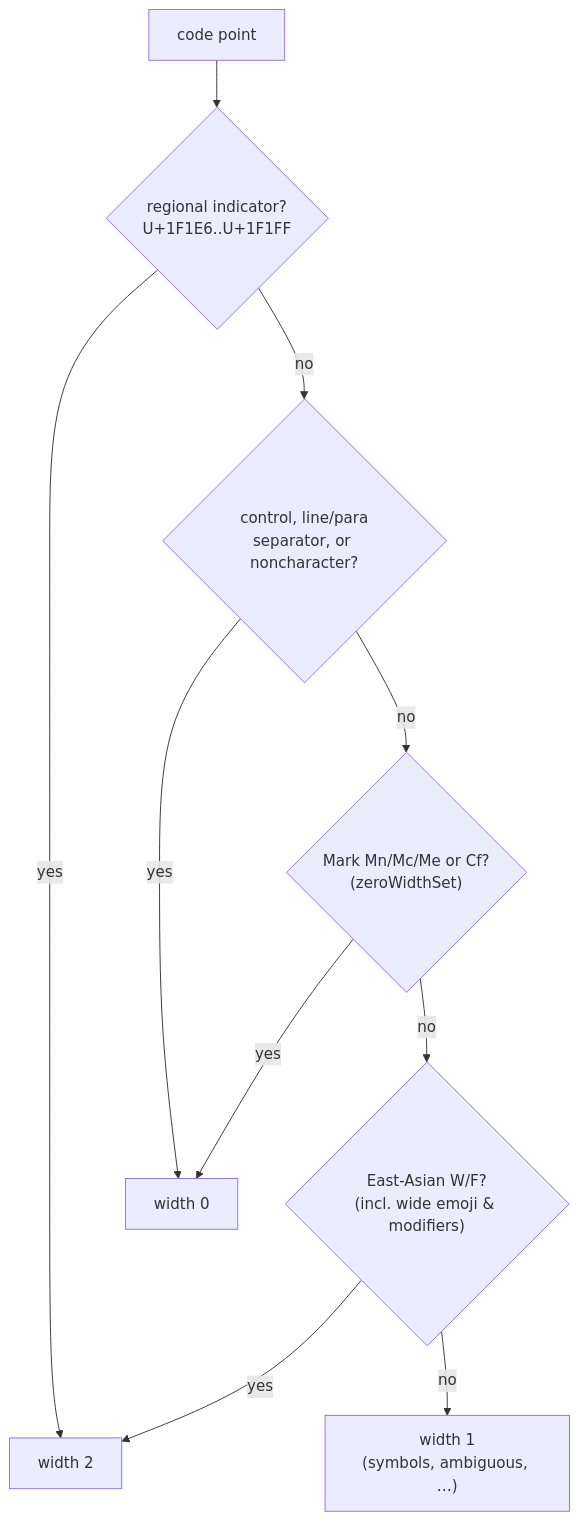
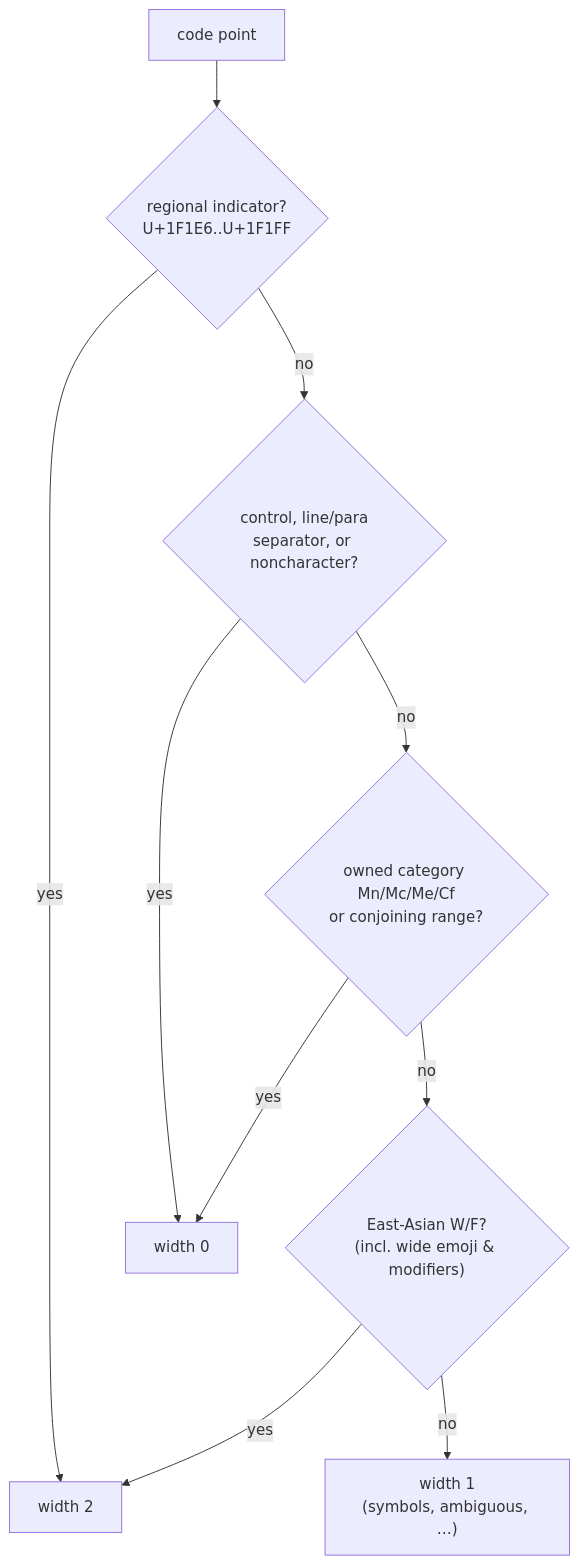
One commit to PetarKirov/sparkles changed the second of 2 diagrams in docs/specs/base/text/index.md. Above: the diagram before and after it, drawn with Mermaid. The commit also changed other lines of this file and 237 other files, not shown here.

````diff
--- a/docs/specs/base/text/index.md
+++ b/docs/specs/base/text/index.md
@@ -378,12 +403,12 @@
 ```mermaid
 flowchart TD
   S["code point"] --> RI{"regional indicator?<br/>U+1F1E6..U+1F1FF"}
   RI -- yes --> TWO["width 2"]
   RI -- no --> CN{"control, line/para<br/>separator, or noncharacter?"}
   CN -- yes --> ZERO["width 0"]
-  CN -- no --> MK{"Mark Mn/Mc/Me or Cf?<br/>(zeroWidthSet)"}
+  CN -- no --> MK{"owned category Mn/Mc/Me/Cf<br/>or conjoining range?"}
   MK -- yes --> ZERO
   MK -- no --> EAW{"East-Asian W/F?<br/>(incl. wide emoji & modifiers)"}
   EAW -- yes --> TWO
   EAW -- no --> ONE["width 1<br/>(symbols, ambiguous, …)"]
 ```
````
